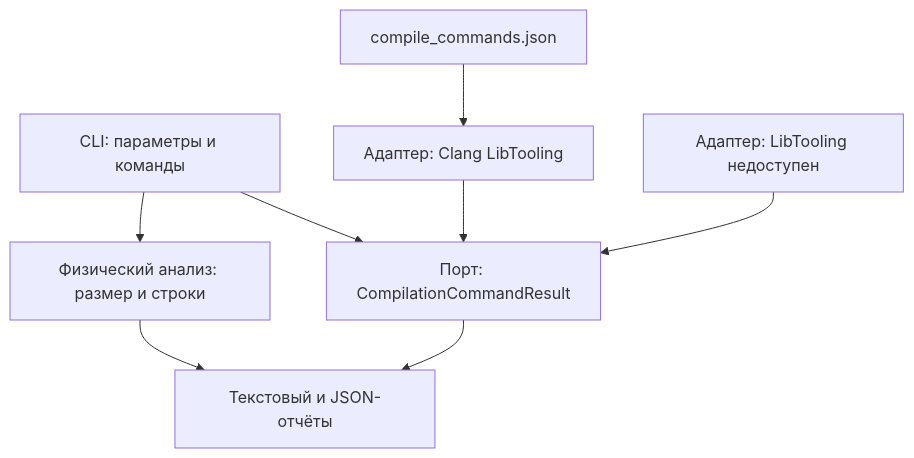
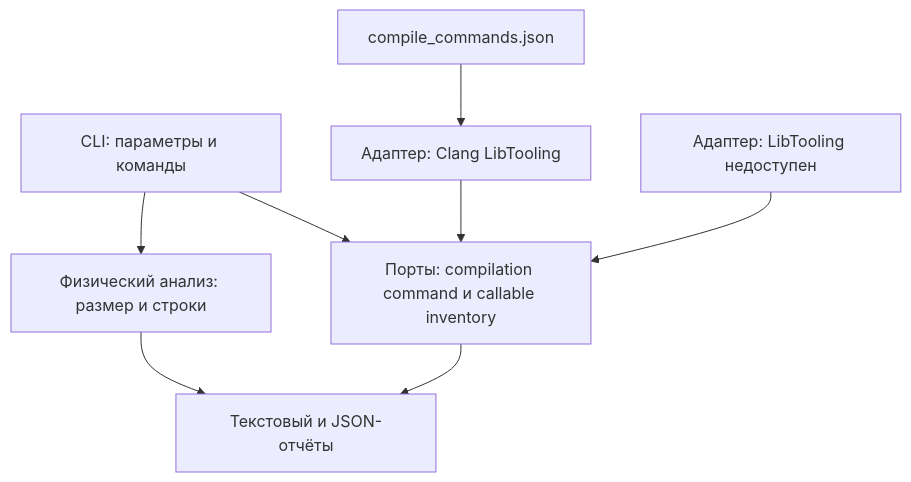
The first of 5 diagrams in docs/architecture.md (Myakita/CodeSplit), drawn with Mermaid before and after one commit. The commit also changed other lines of this file and 2 other files, not shown here.

````diff
--- a/docs/architecture.md
+++ b/docs/architecture.md
@@ -11,18 +11,18 @@
 ```mermaid
 flowchart TD
     CLI["CLI: параметры и команды"]
     Source["Физический анализ: размер и строки"]
-    Port["Порт: CompilationCommandResult"]
+    Port["Порты: compilation command и callable inventory"]
     Clang["Адаптер: Clang LibTooling"]
     Fallback["Адаптер: LibTooling недоступен"]
     Database["compile_commands.json"]
     Reports["Текстовый и JSON-отчёты"]
 
     CLI --> Source
     CLI --> Port
     Database --> Clang
     Clang --> Port
     Fallback --> Port
     Source --> Reports
     Port --> Reports
 ```
````
